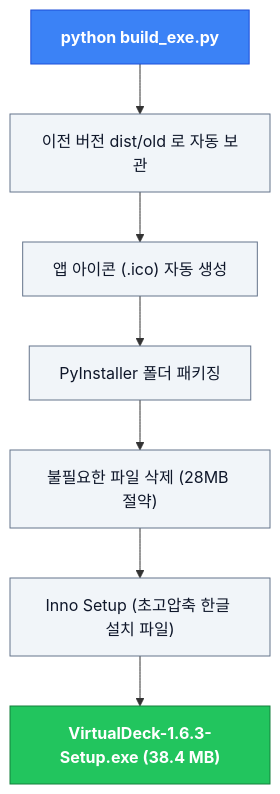
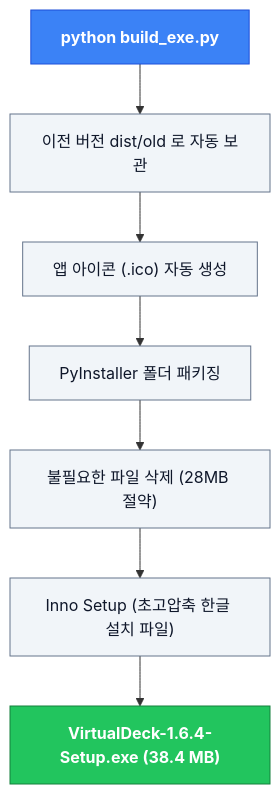
One commit to sh11025/Virtual_Deck changed the seventh of 7 diagrams in README.md. Above: the diagram before and after it, drawn with Mermaid. The commit also changed other lines of this file and 17 other files, not shown here.

````diff
--- a/README.md
+++ b/README.md
@@ -324,13 +347,13 @@
 ```mermaid
 flowchart TD
     classDef head fill:#3b82f6,stroke:#1d4ed8,color:#ffffff,font-weight:bold;
     classDef box fill:#f1f5f9,stroke:#64748b,color:#0f172a;
     classDef done fill:#22c55e,stroke:#15803d,color:#ffffff,font-weight:bold;
 
     A["python build_exe.py"]:::head --> B["이전 버전 dist/old 로 자동 보관"]:::box
     B --> C["앱 아이콘 (.ico) 자동 생성"]:::box
     C --> D["PyInstaller 폴더 패키징"]:::box
     D --> E["불필요한 파일 삭제 (28MB 절약)"]:::box
     E --> F["Inno Setup (초고압축 한글 설치 파일)"]:::box
-    F --> G["VirtualDeck-1.6.3-Setup.exe (38.4 MB)"]:::done
+    F --> G["VirtualDeck-1.6.4-Setup.exe (38.4 MB)"]:::done
 ```
````
